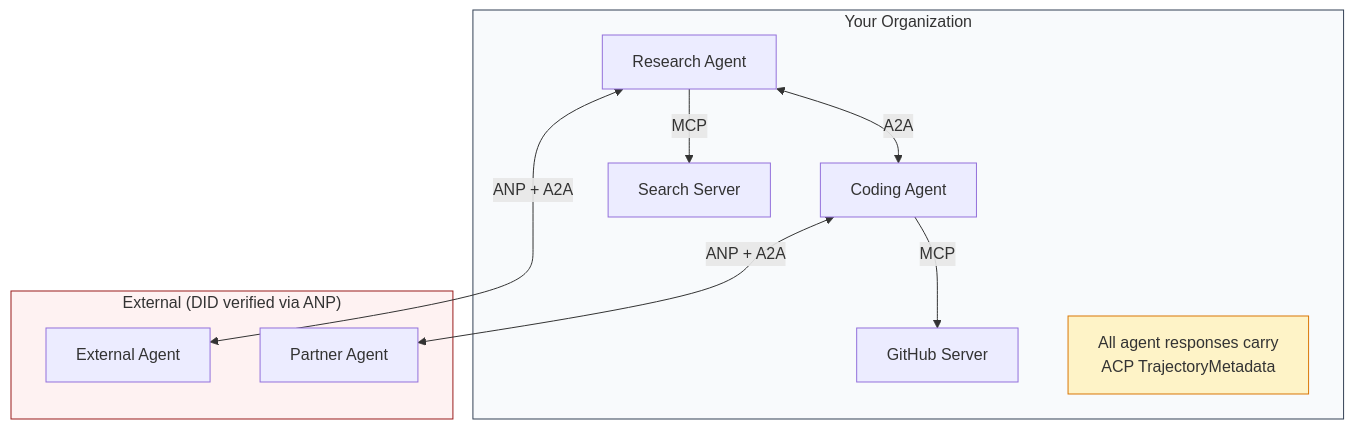
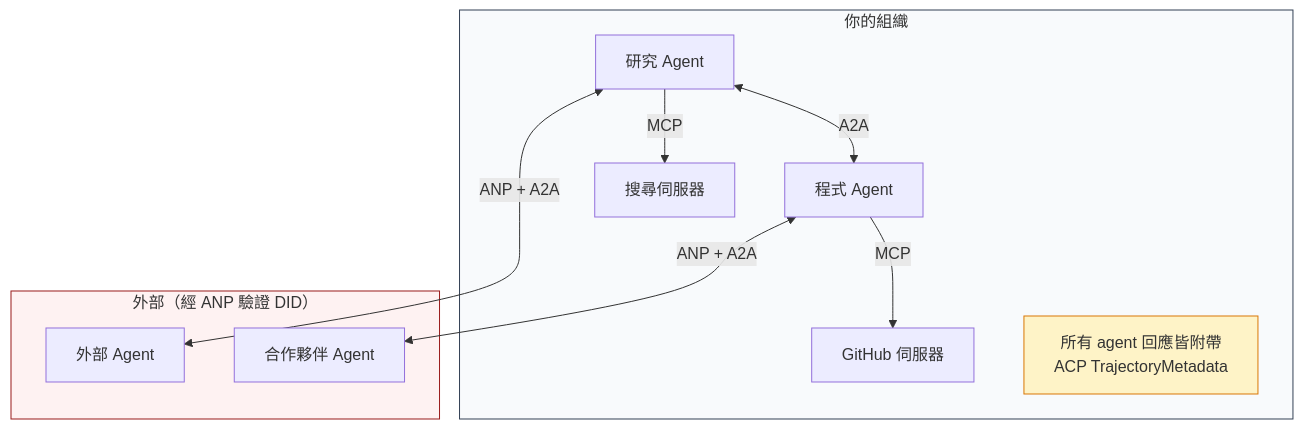
Before and after one commit to edward821220/ai-engineering-from-scratch: diagram 11 of 13 in i18n/zh-TW/phases/16-multi-agent-and-swarms/03-communication-protocols/docs/zh-TW.md, drawn with Mermaid. The commit also changed other lines of this file and 43 other files, not shown here.

````diff
--- a/i18n/zh-TW/phases/16-multi-agent-and-swarms/03-communication-protocols/docs/zh-TW.md
+++ b/i18n/zh-TW/phases/16-multi-agent-and-swarms/03-communication-protocols/docs/zh-TW.md
@@ -541,21 +541,21 @@
 ```mermaid
 graph TB
-    subgraph org["Your Organization"]
-        RA[Research Agent] <-->|A2A| CA[Coding Agent]
-        RA -->|MCP| SS[Search Server]
-        CA -->|MCP| GS[GitHub Server]
-        AUDIT["All agent responses carry<br/>ACP TrajectoryMetadata"]
+    subgraph org["你的組織"]
+        RA[研究 Agent] <-->|A2A| CA[程式 Agent]
+        RA -->|MCP| SS[搜尋伺服器]
+        CA -->|MCP| GS[GitHub 伺服器]
+        AUDIT["所有 agent 回應皆附帶<br/>ACP TrajectoryMetadata"]
     end
 
-    subgraph ext["External (DID verified via ANP)"]
-        EA[External Agent]
-        PA[Partner Agent]
+    subgraph ext["外部（經 ANP 驗證 DID）"]
+        EA[外部 Agent]
+        PA[合作夥伴 Agent]
     end
 
     RA <-->|ANP + A2A| EA
     CA <-->|ANP + A2A| PA
 
     style org fill:#f8fafc,stroke:#334155
     style ext fill:#fef2f2,stroke:#991b1b
     style AUDIT fill:#fef3c7,stroke:#d97706
 ```
````
